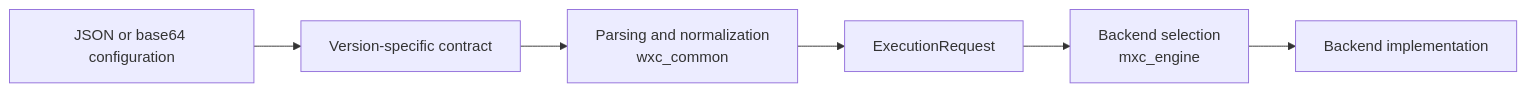
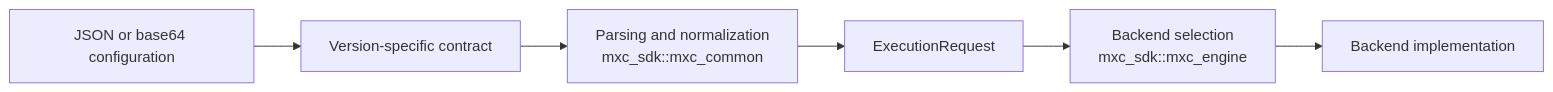
Before and after one commit to ChazGo/mxc: the first of 2 diagrams in docs/architecture.md, drawn with Mermaid. The commit also changed other lines of this file and 1088 other files, not shown here.

````diff
--- a/docs/architecture.md
+++ b/docs/architecture.md
@@ -73,11 +66,11 @@
 ```mermaid
 flowchart LR
     config["JSON or base64 configuration"]
     contract["Version-specific contract"]
-    common["Parsing and normalization<br/>wxc_common"]
+    common["Parsing and normalization<br/>mxc_sdk::mxc_common"]
     request["ExecutionRequest"]
-    engine["Backend selection<br/>mxc_engine"]
+    engine["Backend selection<br/>mxc_sdk::mxc_engine"]
     backend["Backend implementation"]
 
     config --> contract --> common --> request --> engine --> backend
 ```
````
